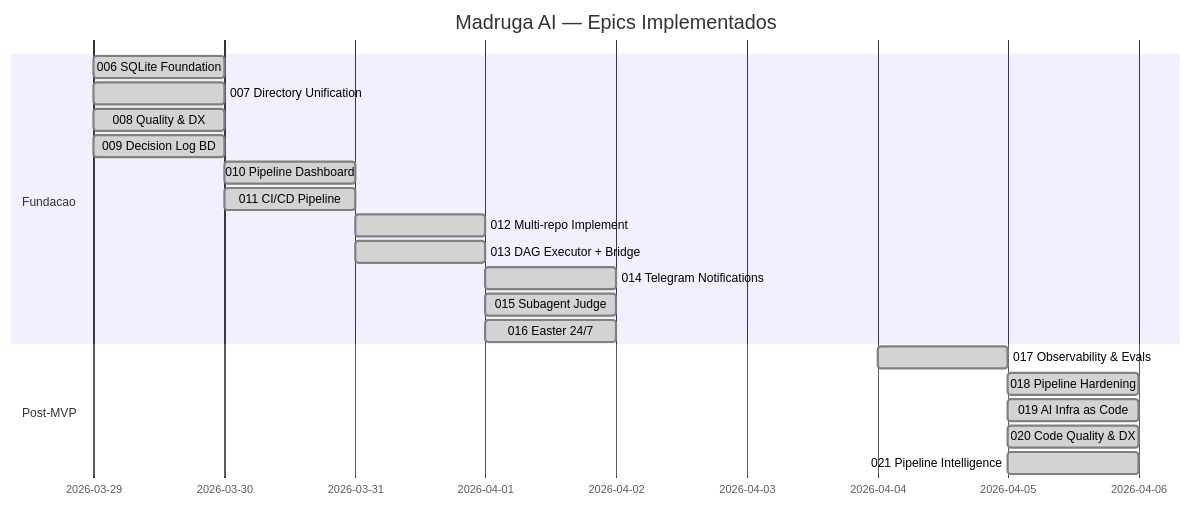
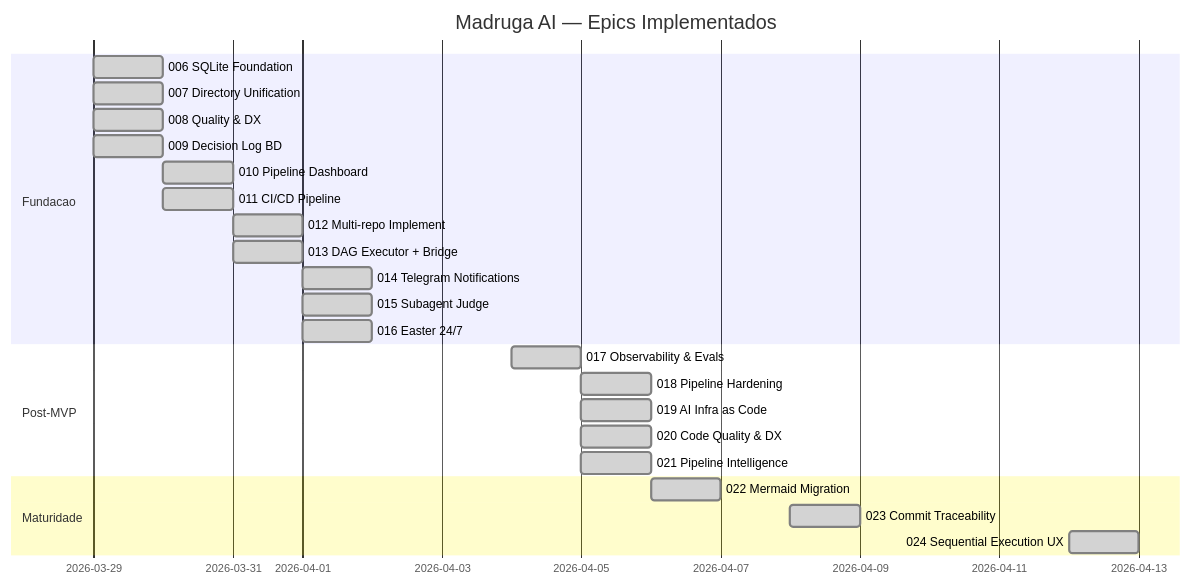
Before and after one commit to paceautomations/madruga.ai: the first of 3 diagrams in platforms/madruga-ai/planning/roadmap.md, drawn with Mermaid. The commit also changed other lines of this file and 9 other files, not shown here.

````diff
--- a/platforms/madruga-ai/planning/roadmap.md
+++ b/platforms/madruga-ai/planning/roadmap.md
@@ -33,23 +33,27 @@
 ```mermaid
 gantt
     title Madruga AI — Epics Implementados
     dateFormat YYYY-MM-DD
     section Fundacao
     006 SQLite Foundation       :done, e006, 2026-03-29, 1d
     007 Directory Unification   :done, e007, 2026-03-29, 1d
     008 Quality & DX            :done, e008, 2026-03-29, 1d
     009 Decision Log BD         :done, e009, 2026-03-29, 1d
     010 Pipeline Dashboard      :done, e010, 2026-03-30, 1d
     011 CI/CD Pipeline          :done, e011, 2026-03-30, 1d
     012 Multi-repo Implement   :done, e012, 2026-03-31, 1d
     013 DAG Executor + Bridge    :done, e013, 2026-03-31, 1d
     014 Telegram Notifications   :done, e014, 2026-04-01, 1d
     015 Subagent Judge           :done, e015, 2026-04-01, 1d
     016 Easter 24/7              :done, e016, 2026-04-01, 1d
     section Post-MVP
     017 Observability & Evals    :done, e017, 2026-04-04, 1d
     018 Pipeline Hardening       :done, e018, 2026-04-05, 1d
     019 AI Infra as Code         :done, e019, 2026-04-05, 1d
     020 Code Quality & DX        :done, e020, 2026-04-05, 1d
     021 Pipeline Intelligence    :done, e021, 2026-04-05, 1d
+    section Maturidade
+    022 Mermaid Migration        :done, e022, 2026-04-06, 1d
+    023 Commit Traceability      :done, e023, 2026-04-08, 1d
+    024 Sequential Execution UX  :done, e024, 2026-04-12, 1d
 ```
````
